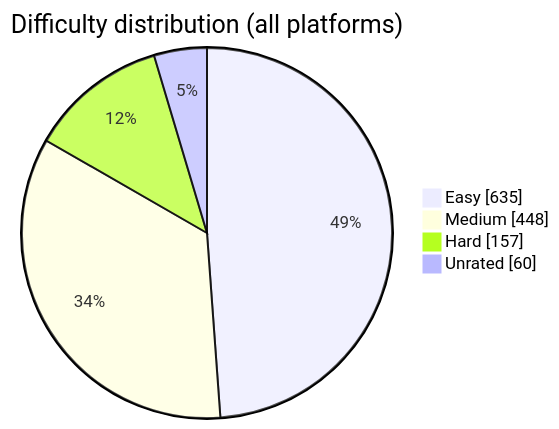
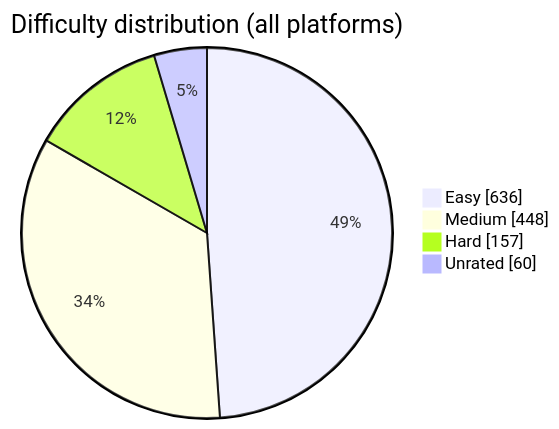
One commit to BuildbyArindam/Daily-Coding-Log changed the diagram in README.md. Above: the diagram before and after it, drawn with Mermaid. The commit also changed other lines of this file, not shown here.

````diff
--- a/README.md
+++ b/README.md
@@ -93,7 +93,7 @@
 ```mermaid
 pie showData title Difficulty distribution (all platforms)
-    "Easy" : 635
+    "Easy" : 636
     "Medium" : 448
     "Hard" : 157
     "Unrated" : 60
 ```
````
